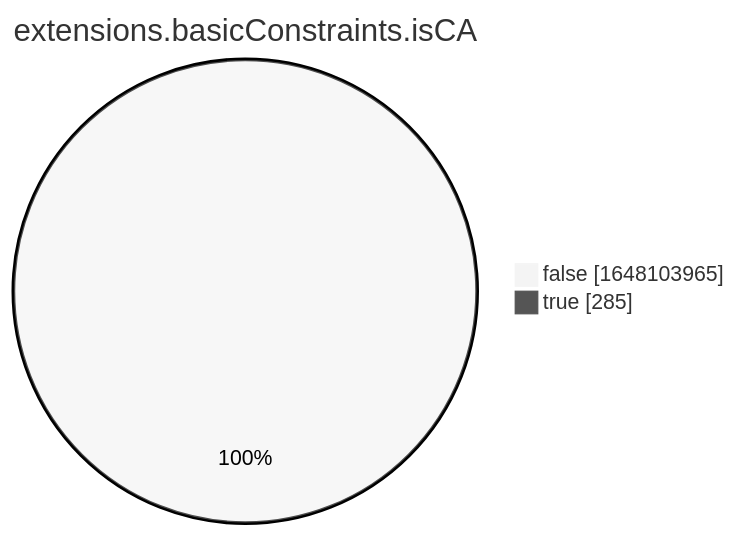
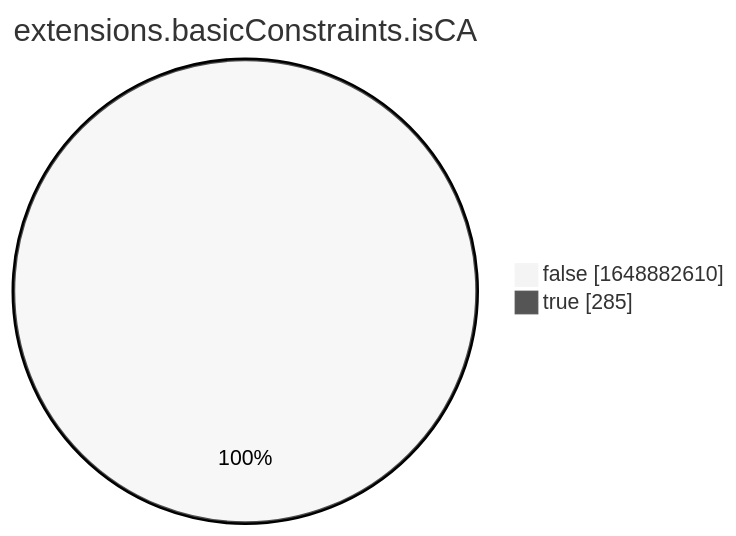
Before and after one commit to christiankrug/ctmonitor_visualization: the eighth of 15 diagrams in xenon2022/README.md, drawn with Mermaid (neutral theme). The commit also changed other lines of this file, not shown here.

````diff
--- a/xenon2022/README.md
+++ b/xenon2022/README.md
@@ -2863,6 +2863,6 @@
 ```mermaid
 pie showData
 title extensions.basicConstraints.isCA
-"false" :1648103965
+"false" :1648882610
 "true" :285
 ```
````
